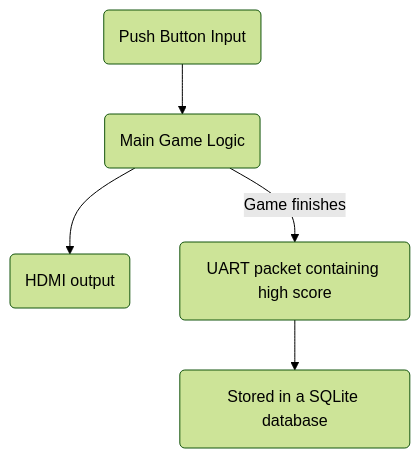
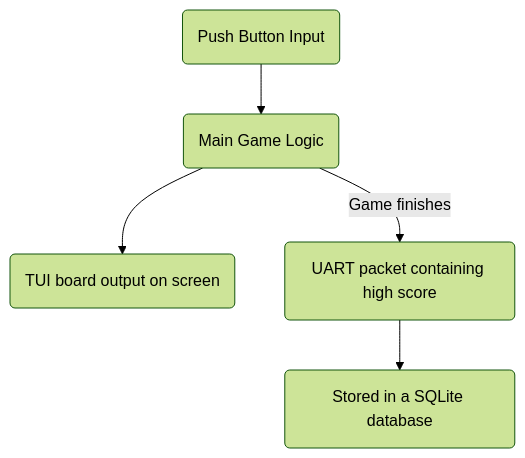
The diagram in README.md (SirLancelot-13/FPGA-Tetris), drawn with Mermaid (forest theme) before and after one commit.

Commit message:
Changed README to inform about using screen to grab UART packets from the board and use that to display 'cuz LED display was too small lol

````diff
--- a/README.md
+++ b/README.md
@@ -4,8 +4,8 @@
 ```mermaid
 flowchart TD
     A(Push Button Input) --> B(Main Game Logic)
-    B --> C(HDMI output)
+    B --> C(TUI board output on screen)
     B -- Game finishes --> D(UART packet containing high score)
     D --> E(Stored in a SQLite database)
 
 ```
````
